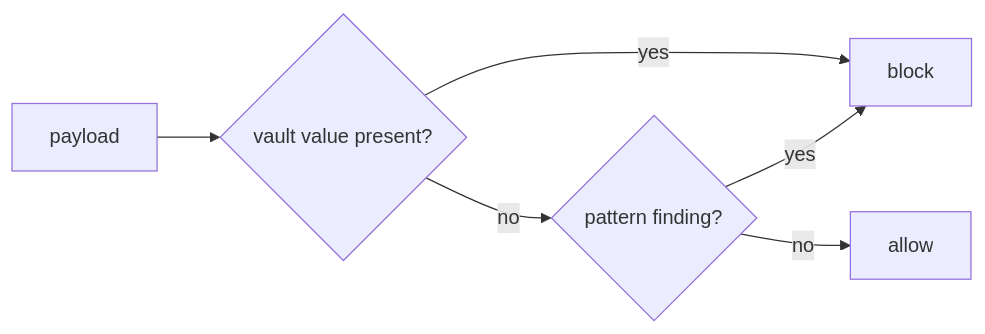
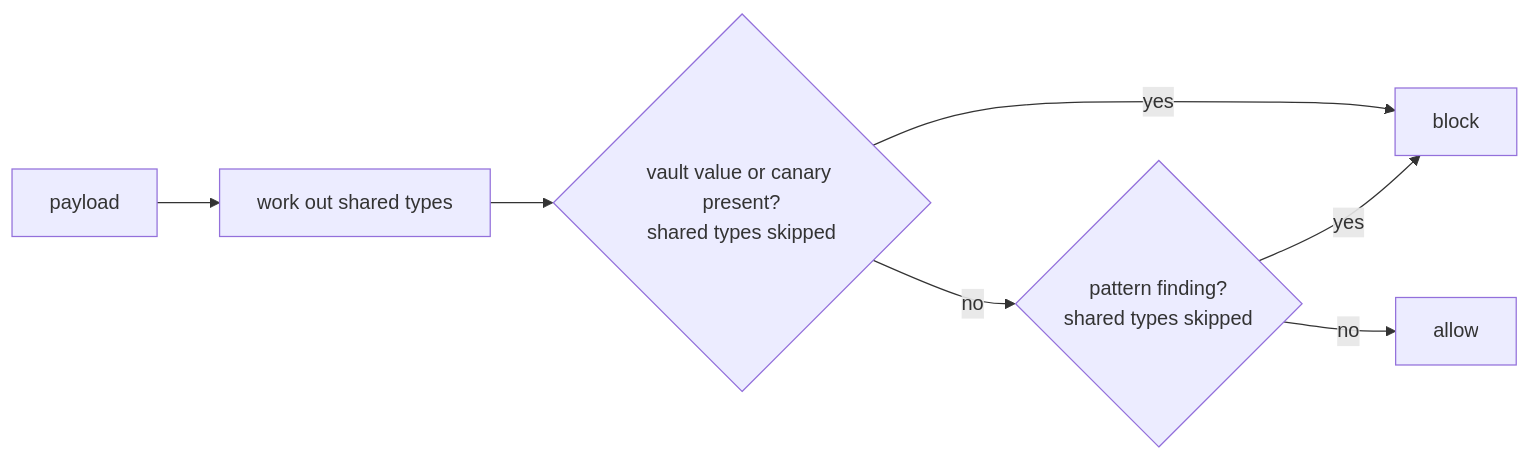
Before and after one commit to PECathon-2026/Team-PF-A73PXS: the diagram in docs/explain/guard.md, drawn with Mermaid. The commit also changed other lines of this file and 20 other files, not shown here.

````diff
--- a/docs/explain/guard.md
+++ b/docs/explain/guard.md
@@ -15,8 +16,9 @@
 ```mermaid
 flowchart LR
-  P[payload] --> V{vault value present?}
+  P[payload] --> S0[work out shared types]
+  S0 --> V{vault value or canary present?<br/>shared types skipped}
   V -->|yes| B[block]
-  V -->|no| S{pattern finding?}
+  V -->|no| S{pattern finding?<br/>shared types skipped}
   S -->|yes| B
   S -->|no| A[allow]
 ```
````
